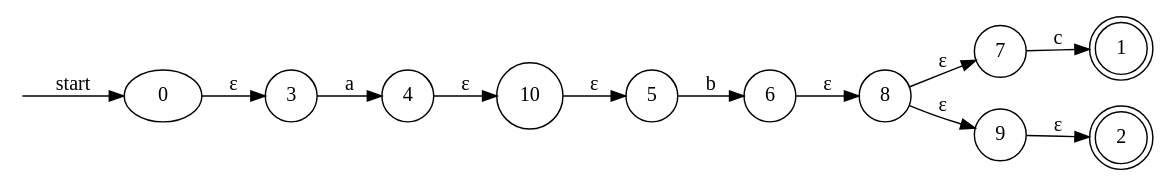
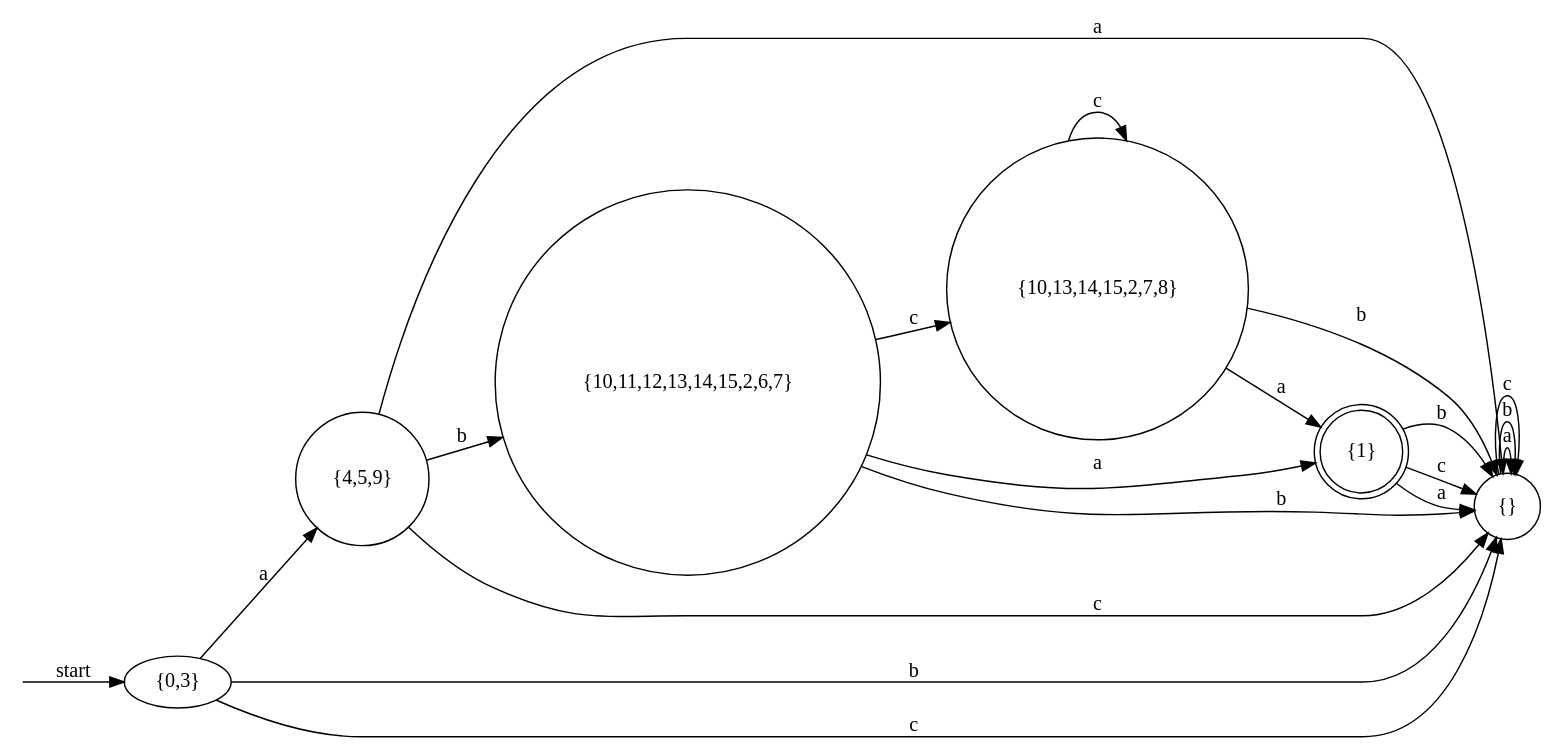
One commit to jonathanvdc/Automata changed the diagram in project/Automata/SimpleRegex.dot. Above: the diagram before and after it, drawn with Graphviz. The commit also changed 4 other files, not shown here.

```diff
--- a/project/Automata/SimpleRegex.dot
+++ b/project/Automata/SimpleRegex.dot
@@ -1,17 +1,25 @@
-digraph enfa {
+digraph dfa {
     rankdir = LR;
     __start [style = invis, shape = point];
-    __start -> "0" [ label = "start" ];
-    node [shape = doublecircle]; "1" "2"
+    __start -> "{0,3}" [ label = "start" ];
+    node [shape = doublecircle]; "{1}"
     node [shape = circle];
-    "3" -> "4" [ label = "a" ];
-    "5" -> "6" [ label = "b" ];
-    "7" -> "1" [ label = "c" ];
-    "10" -> "5" [ label = "&epsilon;" ];
-    "9" -> "2" [ label = "&epsilon;" ];
-    "6" -> "8" [ label = "&epsilon;" ];
-    "8" -> "7" [ label = "&epsilon;" ];
-    "8" -> "9" [ label = "&epsilon;" ];
-    "0" -> "3" [ label = "&epsilon;" ];
-    "4" -> "10" [ label = "&epsilon;" ];
+    "{0,3}" -> "{4,5,9}" [ label = "a" ];
+    "{0,3}" -> "{}" [ label = "b" ];
+    "{4,5,9}" -> "{}" [ label = "c" ];
+    "{0,3}" -> "{}" [ label = "c" ];
+    "{4,5,9}" -> "{10,11,12,13,14,15,2,6,7}" [ label = "b" ];
+    "{}" -> "{}" [ label = "a" ];
+    "{}" -> "{}" [ label = "b" ];
+    "{}" -> "{}" [ label = "c" ];
+    "{4,5,9}" -> "{}" [ label = "a" ];
+    "{10,11,12,13,14,15,2,6,7}" -> "{1}" [ label = "a" ];
+    "{10,11,12,13,14,15,2,6,7}" -> "{}" [ label = "b" ];
+    "{10,11,12,13,14,15,2,6,7}" -> "{10,13,14,15,2,7,8}" [ label = "c" ];
+    "{10,13,14,15,2,7,8}" -> "{1}" [ label = "a" ];
+    "{10,13,14,15,2,7,8}" -> "{}" [ label = "b" ];
+    "{10,13,14,15,2,7,8}" -> "{10,13,14,15,2,7,8}" [ label = "c" ];
+    "{1}" -> "{}" [ label = "a" ];
+    "{1}" -> "{}" [ label = "b" ];
+    "{1}" -> "{}" [ label = "c" ];
 }
```
